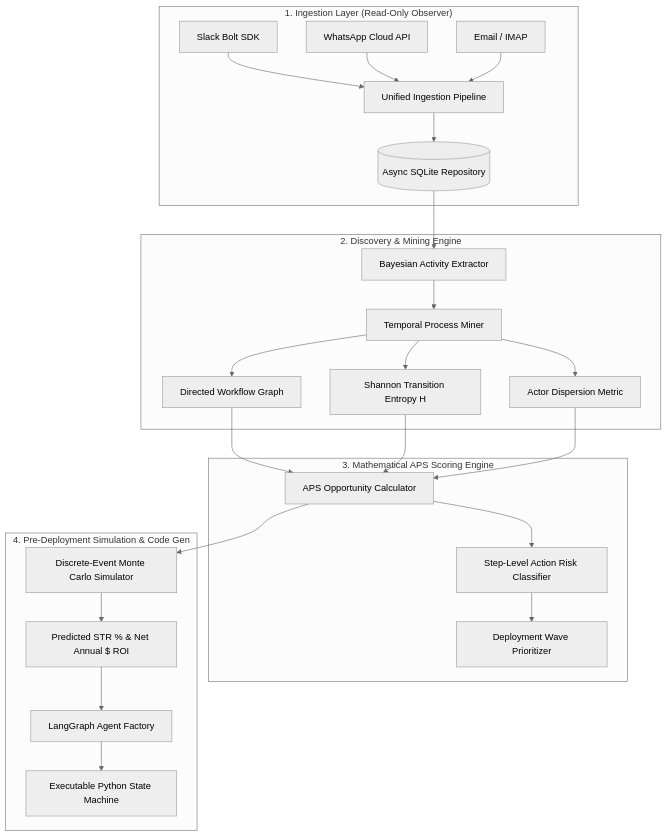
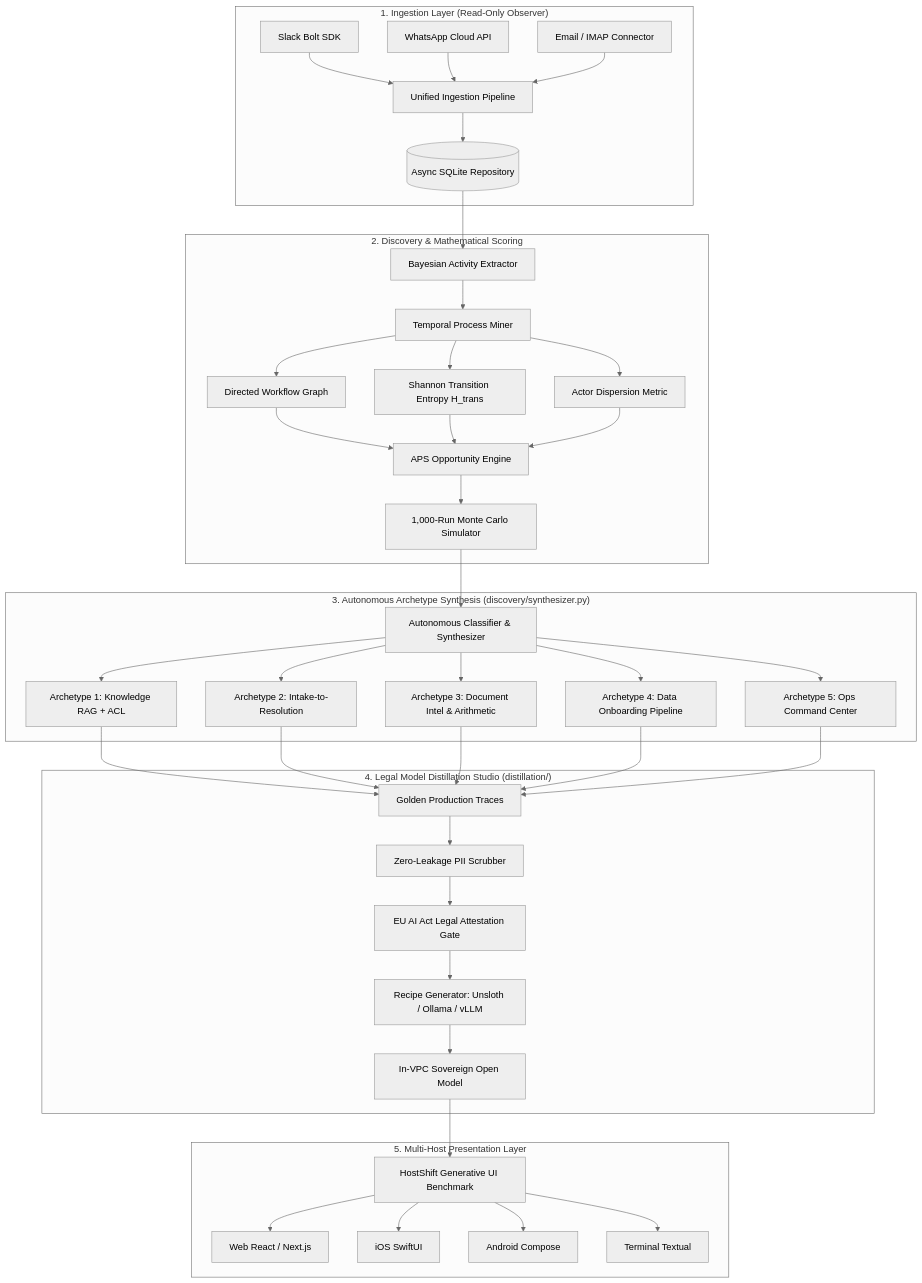
Before and after one commit to itsoumya-d/autopilot-fde: the diagram in README.md, drawn with Mermaid (neutral theme). The commit also changed other lines of this file and 21 other files, not shown here.

Commit message:
feat: add 5 enterprise FDE archetypes, legal model distillation studio, and comprehensive README overhaul

````diff
--- a/README.md
+++ b/README.md
@@ -120,32 +71,44 @@
 ```mermaid
 graph TD
     subgraph "1. Ingestion Layer (Read-Only Observer)"
         S[Slack Bolt SDK] --> ING[Unified Ingestion Pipeline]
         W[WhatsApp Cloud API] --> ING
-        E[Email / IMAP] --> ING
+        E[Email / IMAP Connector] --> ING
         ING --> DB[(Async SQLite Repository)]
     end
 
-    subgraph "2. Discovery & Mining Engine"
+    subgraph "2. Discovery & Mathematical Scoring"
         DB --> EXT[Bayesian Activity Extractor]
         EXT --> MINER[Temporal Process Miner]
         MINER --> GRAPH[Directed Workflow Graph]
-        MINER --> ENTROPY[Shannon Transition Entropy H]
+        MINER --> ENTROPY[Shannon Transition Entropy H_trans]
         MINER --> ACTORS[Actor Dispersion Metric]
+        GRAPH & ENTROPY & ACTORS --> APS[APS Opportunity Engine]
+        APS --> SIM[1,000-Run Monte Carlo Simulator]
     end
 
-    subgraph "3. Mathematical APS Scoring Engine"
-        GRAPH --> APS[APS Opportunity Calculator]
-        ENTROPY --> APS
-        ACTORS --> APS
-        APS --> STEP[Step-Level Action Risk Classifier]
-        STEP --> REC[Deployment Wave Prioritizer]
+    subgraph "3. Autonomous Archetype Synthesis (discovery/synthesizer.py)"
+        SIM --> SYNTH[Autonomous Classifier & Synthesizer]
+        SYNTH --> P1[Archetype 1: Knowledge RAG + ACL]
+        SYNTH --> P2[Archetype 2: Intake-to-Resolution]
+        SYNTH --> P3[Archetype 3: Document Intel & Arithmetic]
+        SYNTH --> P4[Archetype 4: Data Onboarding Pipeline]
+        SYNTH --> P5[Archetype 5: Ops Command Center]
     end
 
-    subgraph "4. Pre-Deployment Simulation & Code Gen"
-        APS --> SIM[Discrete-Event Monte Carlo Simulator]
-        SIM --> METRICS[Predicted STR % & Net Annual $ ROI]
-        METRICS --> FACTORY[LangGraph Agent Factory]
-        FACTORY --> CODE[Executable Python State Machine]
+    subgraph "4. Legal Model Distillation Studio (distillation/)"
+        P1 & P2 & P3 & P4 & P5 --> AUDIT[Golden Production Traces]
+        AUDIT --> PII[Zero-Leakage PII Scrubber]
+        PII --> ATTEST[EU AI Act Legal Attestation Gate]
+        ATTEST --> TRAIN[Recipe Generator: Unsloth / Ollama / vLLM]
+        TRAIN --> LOCAL[In-VPC Sovereign Open Model]
+    end
+
+    subgraph "5. Multi-Host Presentation Layer"
+        LOCAL --> HS[HostShift Generative UI Benchmark]
+        HS --> WEB[Web React / Next.js]
+        HS --> IOS[iOS SwiftUI]
+        HS --> AND[Android Compose]
+        HS --> TERM[Terminal Textual]
     end
 ```
````
